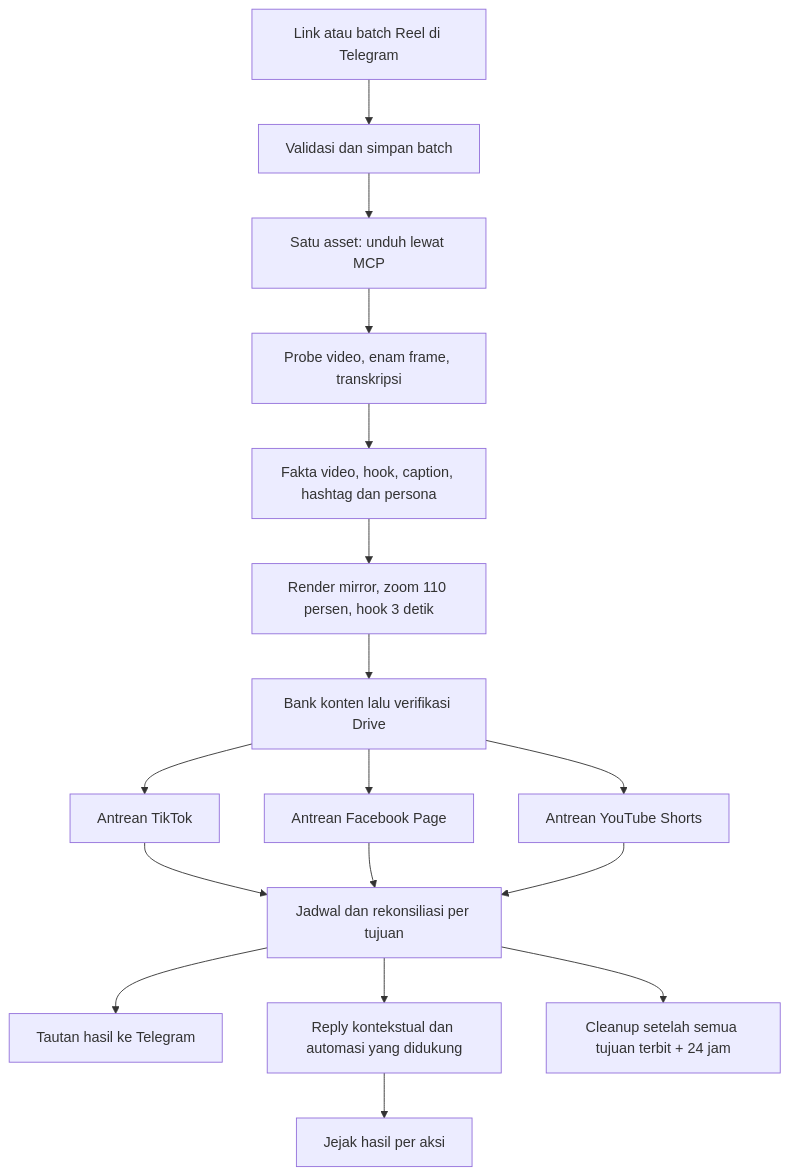
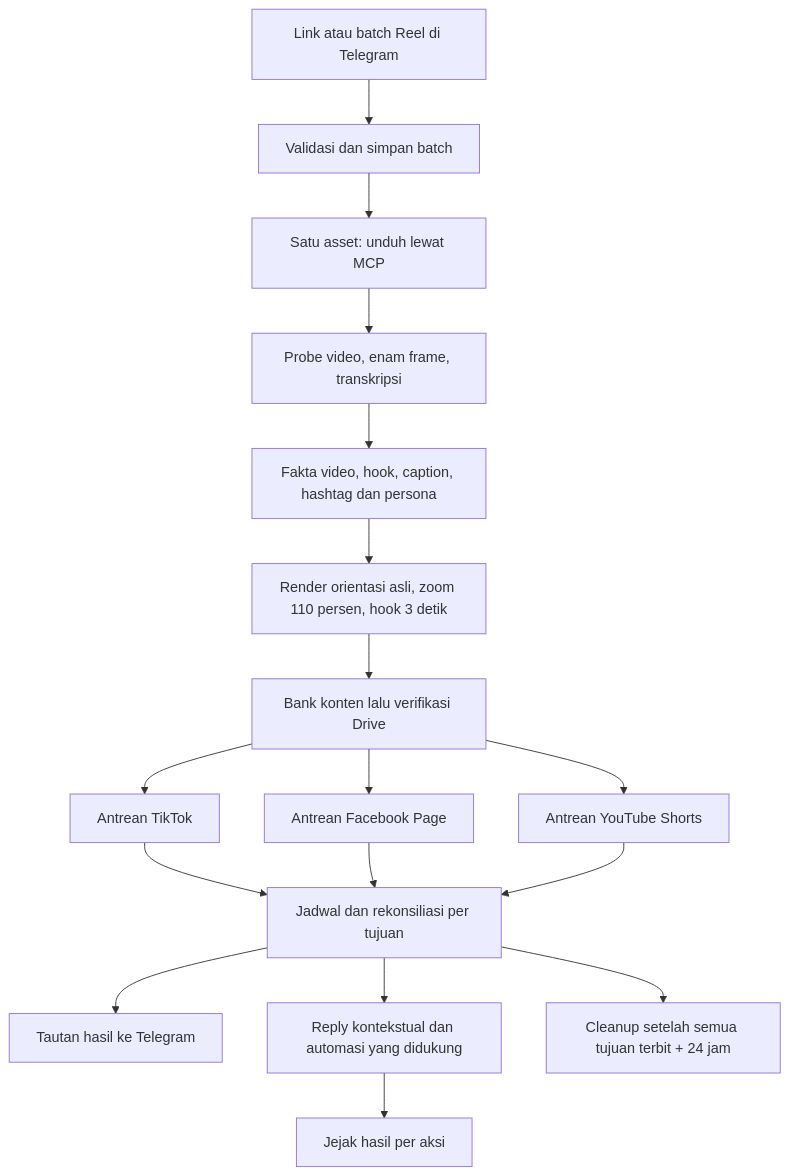
One commit to ramdanifahmy2023/fahra-farming-autonomous-fb-tiktok-ytb changed the diagram in docs/PLAN.md. Above: the diagram before and after it, drawn with Mermaid. The commit also changed other lines of this file and 18 other files, not shown here.

````diff
--- a/docs/PLAN.md
+++ b/docs/PLAN.md
@@ -7,19 +7,19 @@
 ```mermaid
 flowchart TD
     A[Link atau batch Reel di Telegram] --> B[Validasi dan simpan batch]
     B --> C[Satu asset: unduh lewat MCP]
     C --> D[Probe video, enam frame, transkripsi]
     D --> E[Fakta video, hook, caption, hashtag dan persona]
-    E --> F[Render mirror, zoom 110 persen, hook 3 detik]
+    E --> F[Render orientasi asli, zoom 110 persen, hook 3 detik]
     F --> G[Bank konten lalu verifikasi Drive]
     G --> H[Antrean TikTok]
     G --> I[Antrean Facebook Page]
     G --> J[Antrean YouTube Shorts]
     H --> K[Jadwal dan rekonsiliasi per tujuan]
     I --> K
     J --> K
     K --> L[Tautan hasil ke Telegram]
     K --> M[Reply kontekstual dan automasi yang didukung]
     M --> N[Jejak hasil per aksi]
     K --> O[Cleanup setelah semua tujuan terbit + 24 jam]
 ```
````
